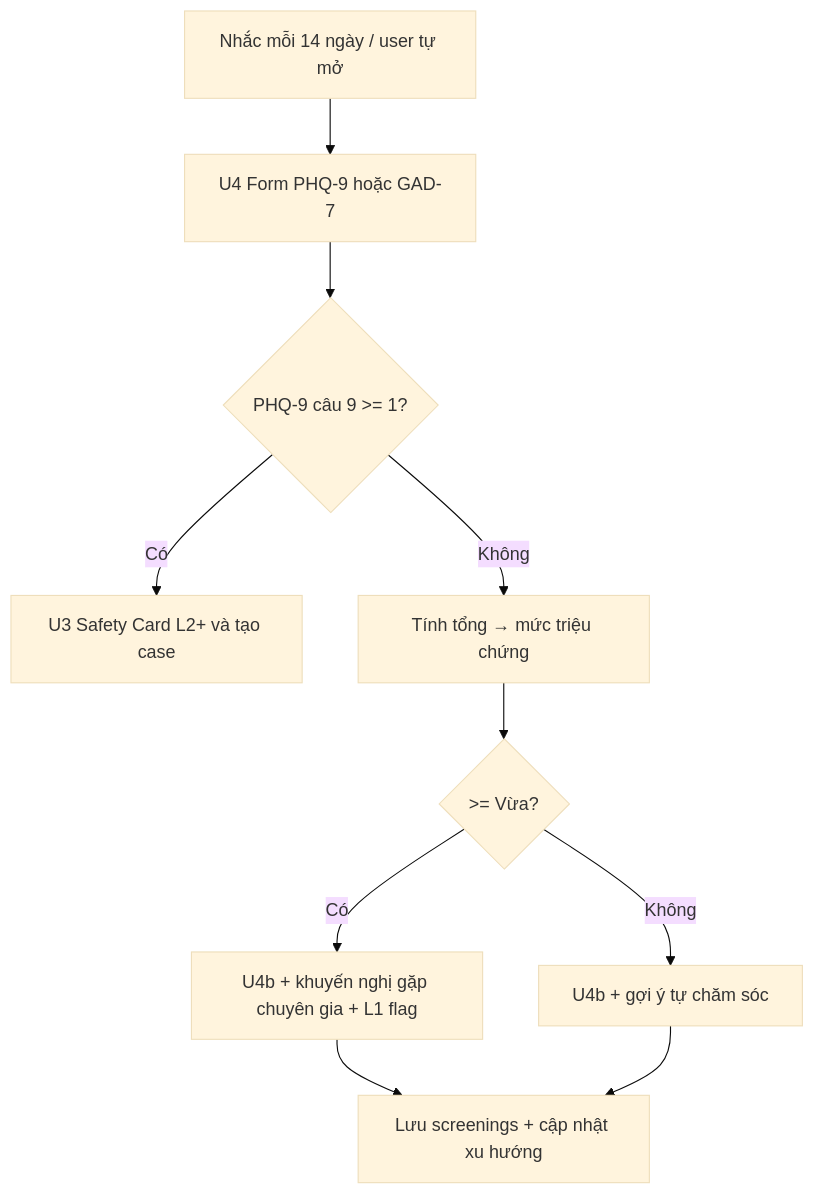
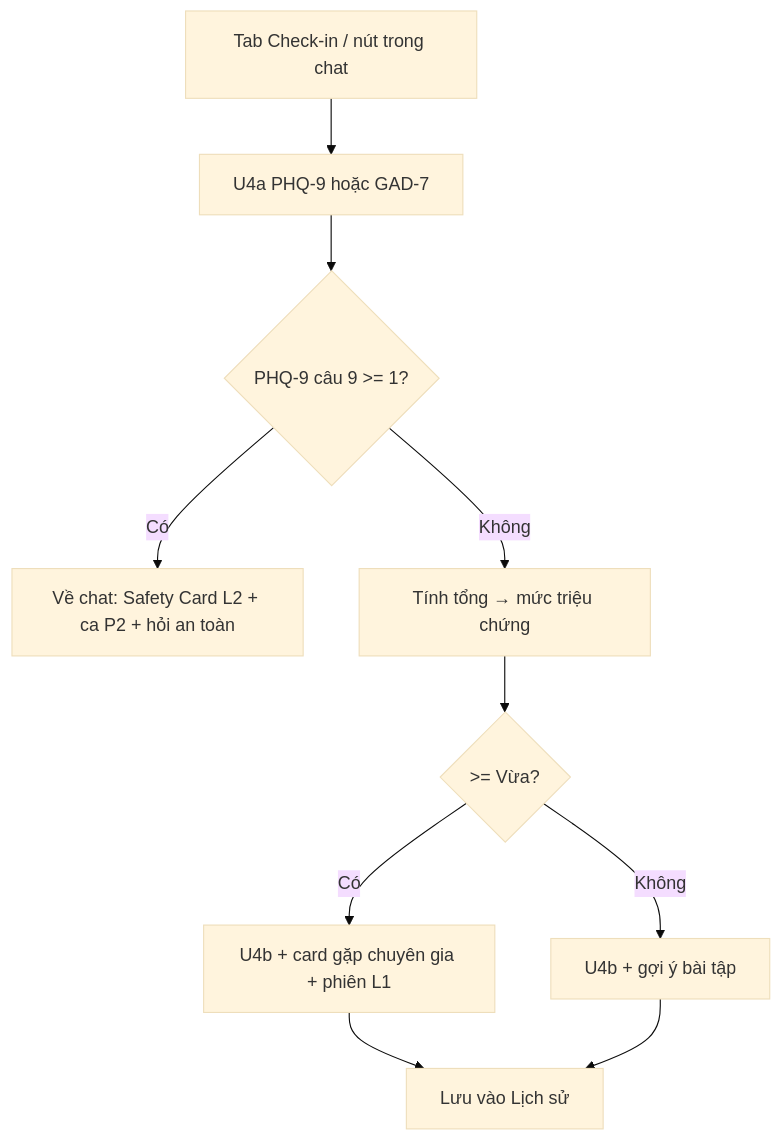
One commit to Quangvu256/demo-buildphase changed the fifth of 6 diagrams in docs/03-WIREFRAME-UI-FLOW.md. Above: the diagram before and after it, drawn with Mermaid (base theme). The commit also changed other lines of this file and 2 other files, not shown here.

````diff
--- a/docs/03-WIREFRAME-UI-FLOW.md
+++ b/docs/03-WIREFRAME-UI-FLOW.md
@@ -378,12 +522,12 @@
 ```mermaid
 flowchart TD
-  A[Nhắc mỗi 14 ngày / user tự mở] --> B[U4 Form PHQ-9 hoặc GAD-7]
+  A[Tab Check-in / nút trong chat] --> B[U4a PHQ-9 hoặc GAD-7]
   B --> C{PHQ-9 câu 9 >= 1?}
-  C -- Có --> S[U3 Safety Card L2+ và tạo case]
+  C -- Có --> S[Về chat: Safety Card L2 + ca P2 + hỏi an toàn]
   C -- Không --> D[Tính tổng → mức triệu chứng]
   D --> E{>= Vừa?}
-  E -- Có --> F[U4b + khuyến nghị gặp chuyên gia + L1 flag]
-  E -- Không --> G[U4b + gợi ý tự chăm sóc]
-  F --> H[Lưu screenings + cập nhật xu hướng]
+  E -- Có --> F[U4b + card gặp chuyên gia + phiên L1]
+  E -- Không --> G[U4b + gợi ý bài tập]
+  F --> H[Lưu vào Lịch sử]
   G --> H
 ```
````
